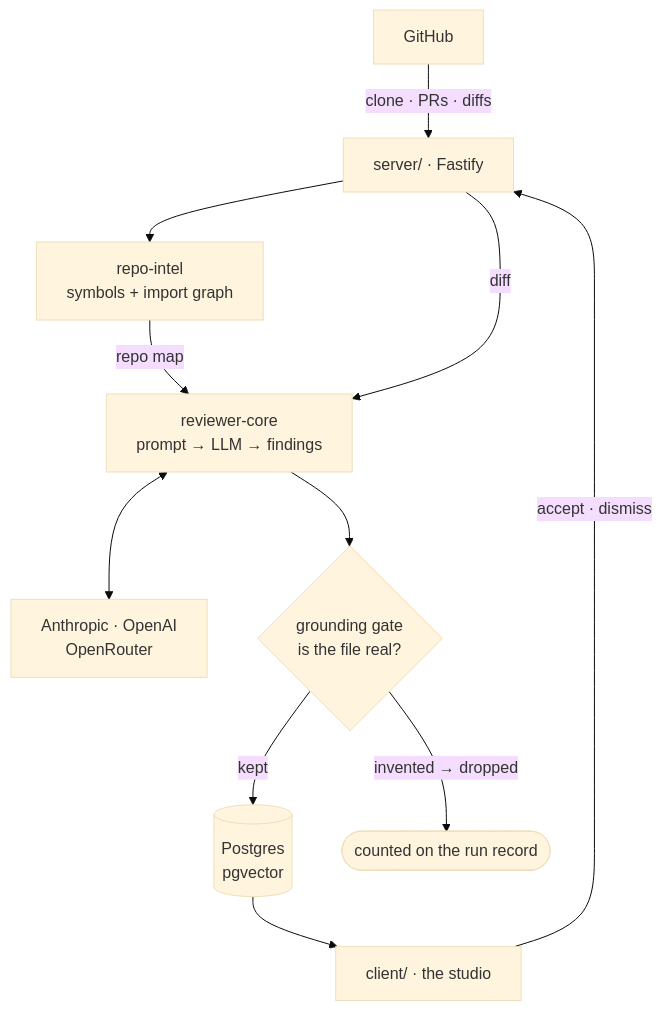
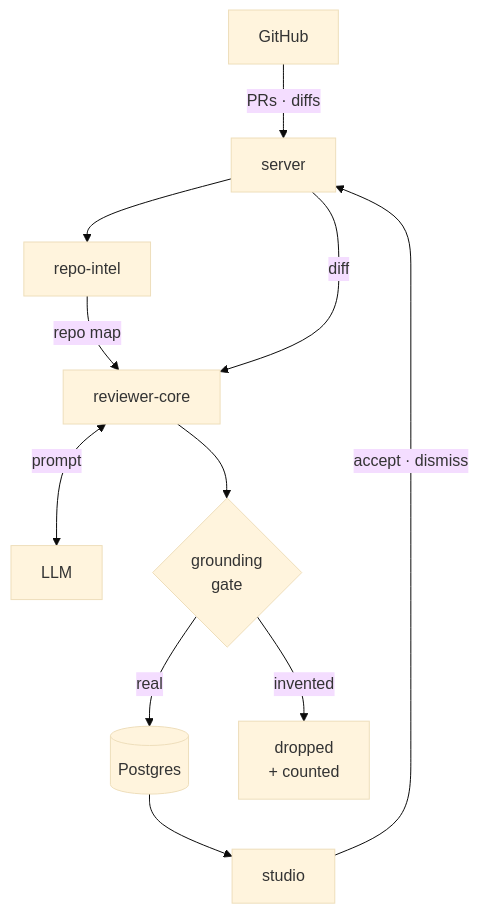
The first of 2 diagrams in README.md (AIengineerDev/dev-digest), drawn with Mermaid (base theme) before and after one commit. The commit also changed other lines of this file, not shown here.

Commit message:
docs(readme): shorter labels so the diagrams render legibly
Mermaid sizes a box to its longest label and then scales the whole graph to
fit the container, so one verbose node shrinks every other. The longest label
was 50 characters; it is now 32, and the node names are one or two words.

Same nodes, same edges, same meaning — the grounding gate still shows both
outcomes, which is the one thing in the review loop worth drawing.

````diff
--- a/README.md
+++ b/README.md
@@ -61,22 +61,13 @@
 ```mermaid
 flowchart TB
-  GH["GitHub"]
-  API["server/ · Fastify"]
-  IDX["repo-intel<br/>symbols + import graph"]
-  ENG["reviewer-core<br/>prompt → LLM → findings"]
-  LLM["Anthropic · OpenAI<br/>OpenRouter"]
-  GATE{"grounding gate<br/>is the file real?"}
-  WEB["client/ · the studio"]
-  PG[("Postgres<br/>pgvector")]
-
-  GH -- "clone · PRs · diffs" --> API
-  API --> IDX
-  IDX -- "repo map" --> ENG
-  API -- "diff" --> ENG
-  ENG <--> LLM
-  ENG --> GATE
-  GATE -- "kept" --> PG
-  GATE -- "invented → dropped" --> X(["counted on the run record"])
-  PG --> WEB
-  WEB -- "accept · dismiss" --> API
+  GH["GitHub"] -->|"PRs · diffs"| API["server"]
+  API --> IDX["repo-intel"]
+  IDX -->|"repo map"| ENG["reviewer-core"]
+  API -->|"diff"| ENG
+  ENG <-->|"prompt"| LLM["LLM"]
+  ENG --> GATE{"grounding<br/>gate"}
+  GATE -->|"real"| DB[("Postgres")]
+  GATE -->|"invented"| DROP["dropped<br/>+ counted"]
+  DB --> WEB["studio"]
+  WEB -->|"accept · dismiss"| API
 ```
````
